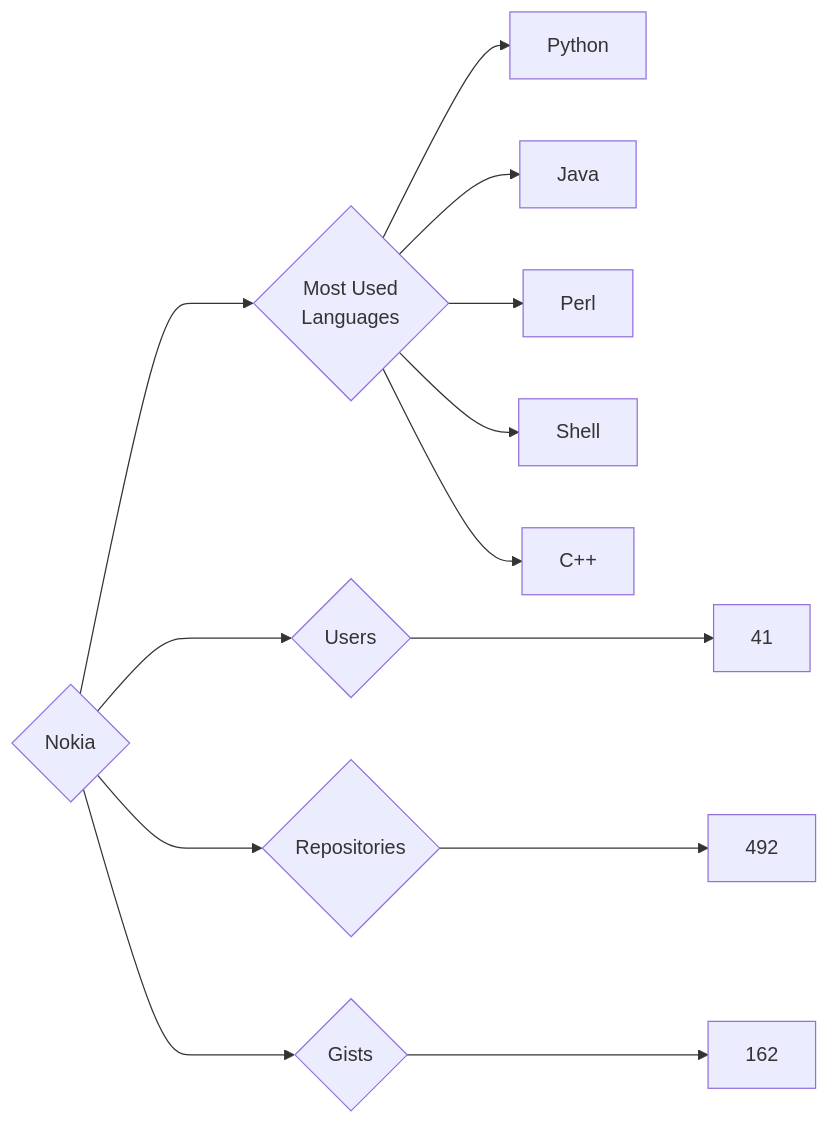
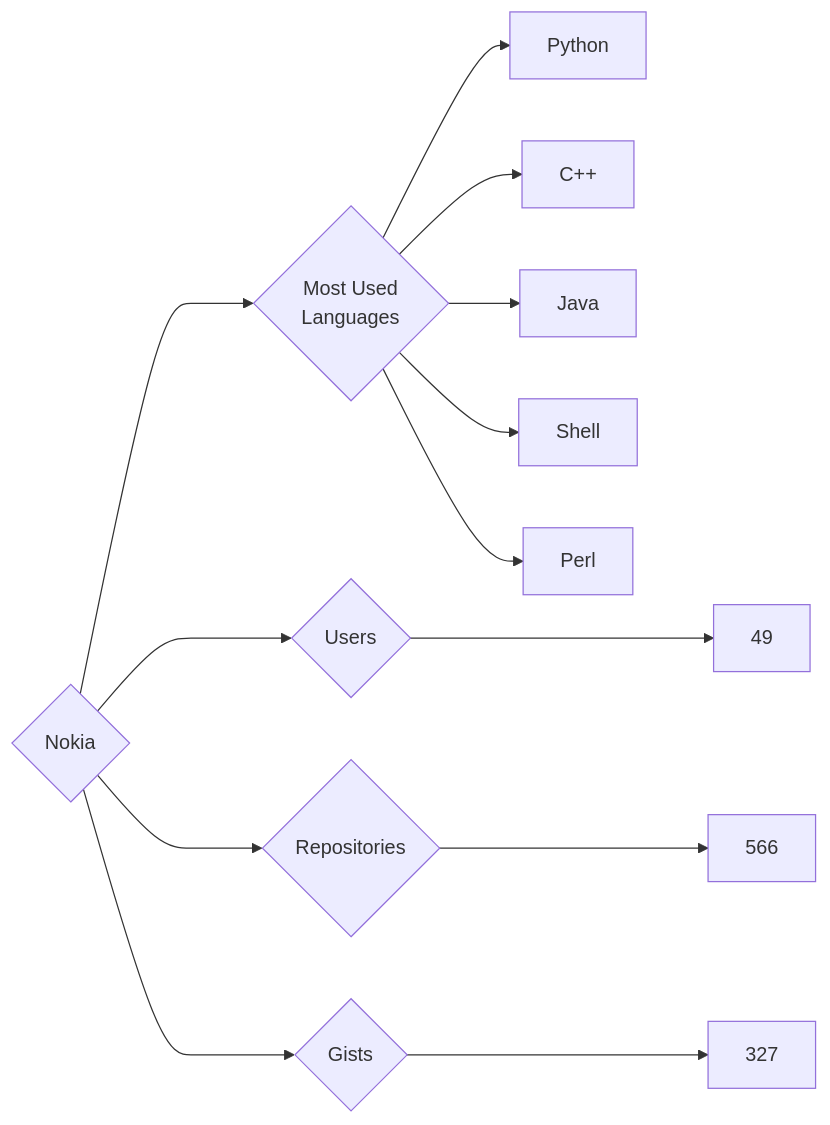
One commit to trickest/insiders changed the diagram in targets/Nokia/README.md. Above: the diagram before and after it, drawn with Mermaid. The commit also changed 970 other files, not shown here.

````diff
--- a/targets/Nokia/README.md
+++ b/targets/Nokia/README.md
@@ -3,13 +3,13 @@
 ```mermaid
 graph LR
 COMPANY_NAME{Nokia}
-COMPANY_NAME ---> U{Users} ---> UN[41]
-COMPANY_NAME ---> R{Repositories} ---> RN[492]
-COMPANY_NAME ---> G{Gists} ---> GN[162]
+COMPANY_NAME ---> U{Users} ---> UN[49]
+COMPANY_NAME ---> R{Repositories} ---> RN[566]
+COMPANY_NAME ---> G{Gists} ---> GN[327]
 COMPANY_NAME ---> ML{Most Used<br>Languages}
 ML --> Python[Python]
+ML --> C++[C++]
 ML --> Java[Java]
+ML --> Shell[Shell]
 ML --> Perl[Perl]
-ML --> Shell[Shell]
-ML --> C++[C++]
 ```
````
